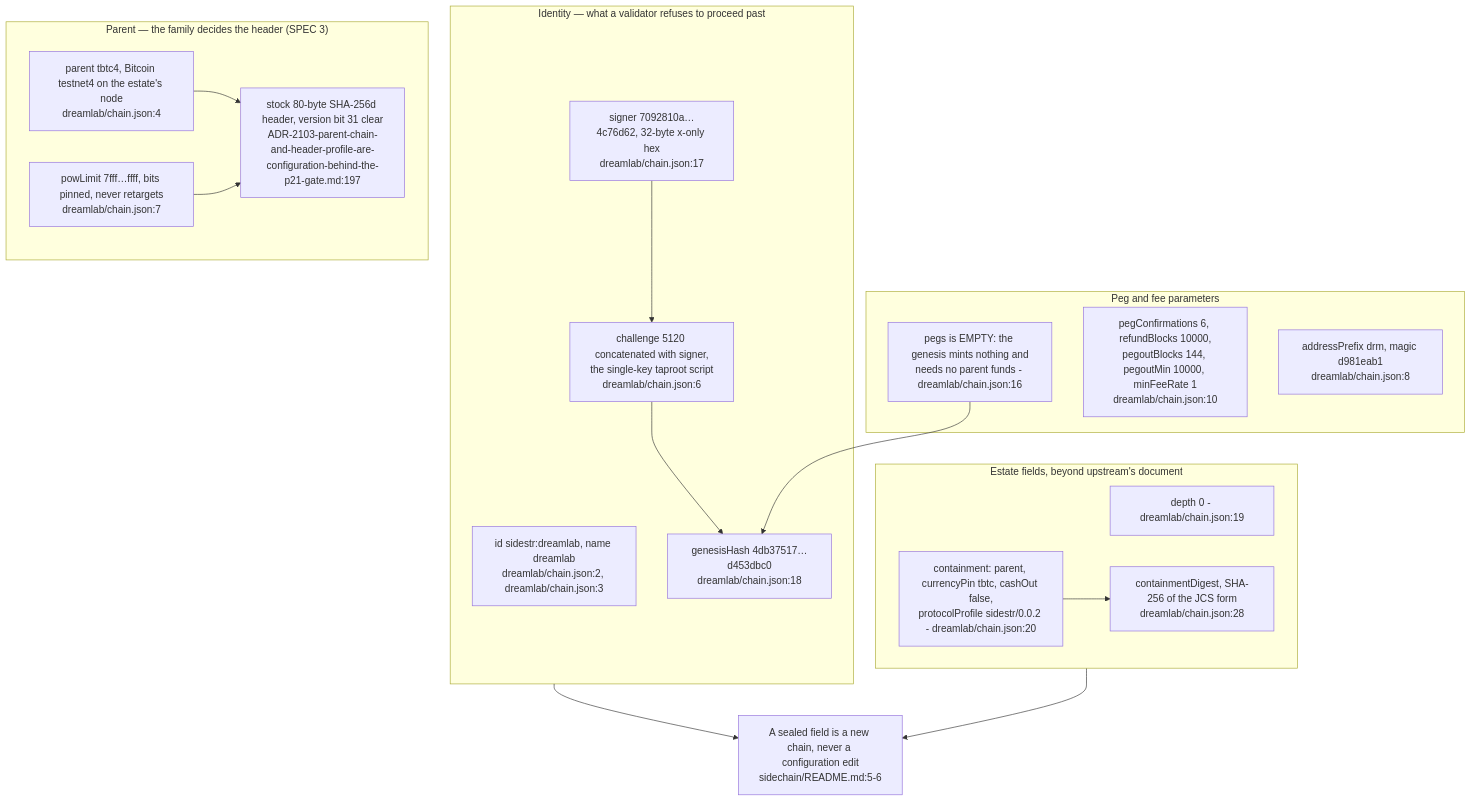
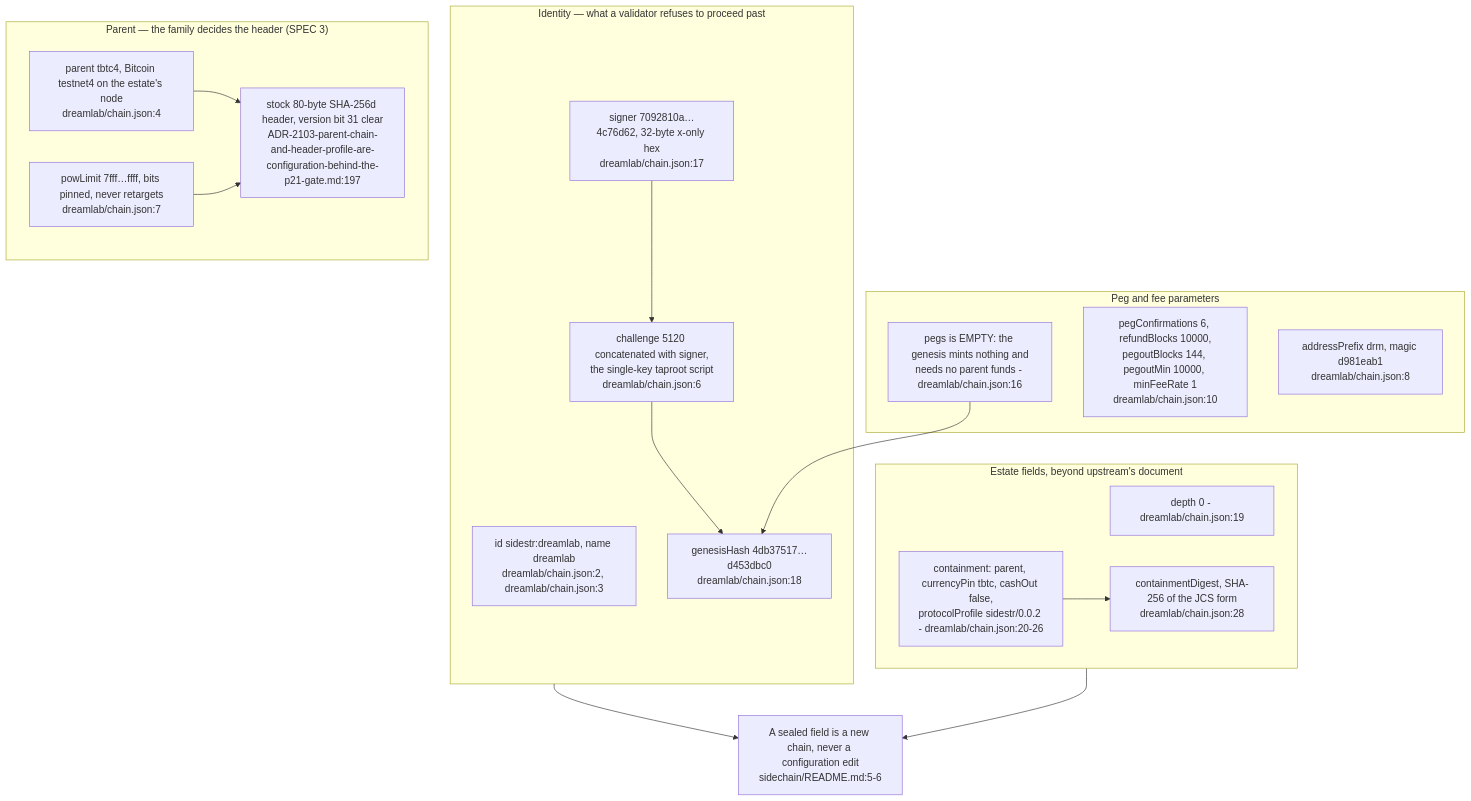
The first of 5 diagrams in docs/diagrams/agentbox/32-sidechain-root-seal.md (DreamLab-AI/VisionFlow), drawn with Mermaid before and after one commit. The commit also changed other lines of this file and 14 other files, not shown here.

Commit message:
docs: align settlement, daemon and dated health diagrams

````diff
--- a/docs/diagrams/agentbox/32-sidechain-root-seal.md
+++ b/docs/diagrams/agentbox/32-sidechain-root-seal.md
@@ -38,32 +38,32 @@
 ```mermaid
 flowchart TB
     subgraph identity["Identity — what a validator refuses to proceed past"]
         ID["id sidestr:dreamlab, name dreamlab<br/>dreamlab/chain.json:2, dreamlab/chain.json:3"]
         GEN["genesisHash 4db37517…d453dbc0<br/>dreamlab/chain.json:18"]
         SIG["signer 7092810a…4c76d62, 32-byte x-only hex<br/>dreamlab/chain.json:17"]
         CH["challenge 5120 concatenated with signer,<br/>the single-key taproot script<br/>dreamlab/chain.json:6"]
     end
     subgraph parent["Parent — the family decides the header (SPEC 3)"]
         P["parent tbtc4, Bitcoin testnet4 on the estate's node<br/>dreamlab/chain.json:4"]
         PL["powLimit 7fff…ffff, bits pinned, never retargets<br/>dreamlab/chain.json:7"]
         PF["stock 80-byte SHA-256d header, version bit 31 clear<br/>ADR-2103-parent-chain-and-header-profile-are-configuration-behind-the-p21-gate.md:197"]
     end
     subgraph econ["Peg and fee parameters"]
         PEGS["pegs is EMPTY: the genesis mints nothing and<br/>needs no parent funds - dreamlab/chain.json:16"]
         PC["pegConfirmations 6, refundBlocks 10000,<br/>pegoutBlocks 144, pegoutMin 10000, minFeeRate 1<br/>dreamlab/chain.json:10"]
         PX["addressPrefix drm, magic d981eab1<br/>dreamlab/chain.json:8"]
     end
     subgraph estate["Estate fields, beyond upstream's document"]
         D["depth 0 - dreamlab/chain.json:19"]
-        C["containment: parent, currencyPin tbtc, cashOut false,<br/>protocolProfile sidestr/0.0.2 - dreamlab/chain.json:20"]
+        C["containment: parent, currencyPin tbtc, cashOut false,<br/>protocolProfile sidestr/0.0.2 - dreamlab/chain.json:20-26"]
         CD["containmentDigest, SHA-256 of the JCS form<br/>dreamlab/chain.json:28"]
     end
     SIG --> CH
     CH --> GEN
     P --> PF
     PL --> PF
     PEGS --> GEN
     C --> CD
     identity --> RULE["A sealed field is a new chain, never a configuration edit<br/>sidechain/README.md:5-6"]
     estate --> RULE
 ```
````
